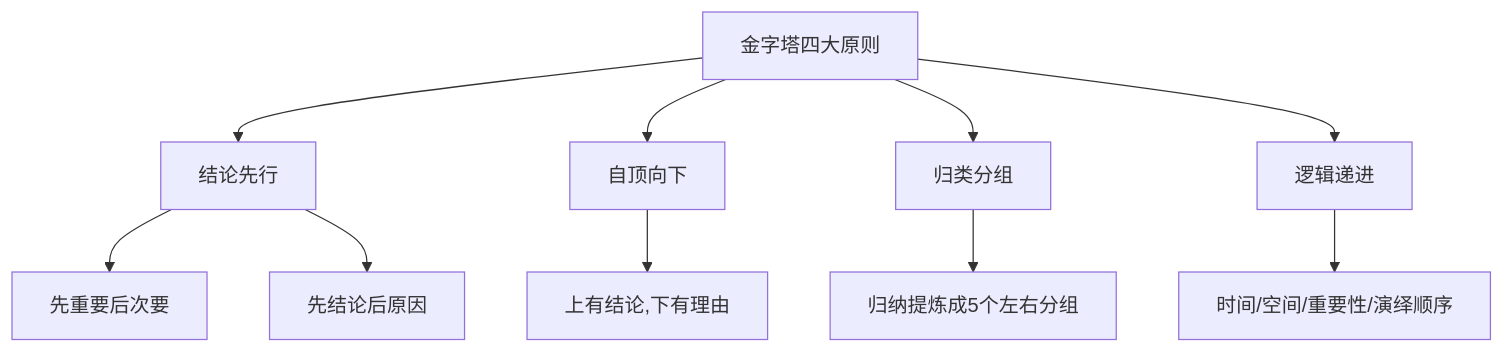
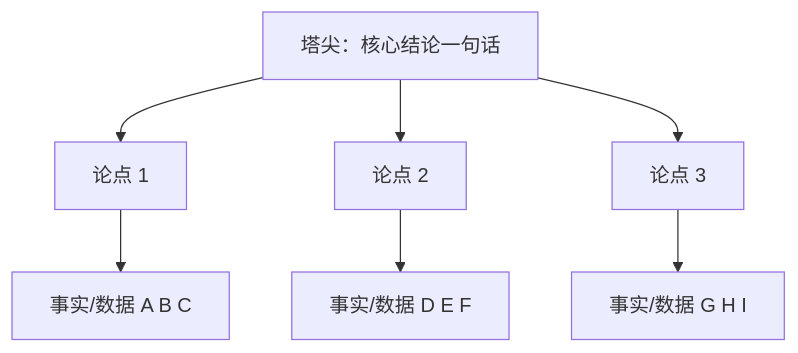
One commit to chongyang211/YCBookBlog changed the diagram in packages/website/13.书籍/05.自我精进·成事/03.事中执行/04.金字塔汇报方法.md. Above: the diagram before and after it, drawn with Mermaid. The commit also changed other lines of this file and 83 other files, not shown here.

````diff
--- a/packages/website/13.书籍/05.自我精进·成事/03.事中执行/04.金字塔汇报方法.md
+++ b/packages/website/13.书籍/05.自我精进·成事/03.事中执行/04.金字塔汇报方法.md
@@ -83,12 +88,9 @@
 ```mermaid
 graph TD
-    A[金字塔四大原则] --> B[结论先行]
-    A --> C[自顶向下]
-    A --> D[归类分组]
-    A --> E[逻辑递进]
-    B --> B1[先重要后次要]
-    B --> B2[先结论后原因]
-    C --> C1[上有结论,下有理由]
-    D --> D1[归纳提炼成5个左右分组]
-    E --> E1[时间/空间/重要性/演绎顺序]
+    T[塔尖：核心结论一句话] --> P1[论点 1]
+    T --> P2[论点 2]
+    T --> P3[论点 3]
+    P1 --> E1[事实/数据 A B C]
+    P2 --> E2[事实/数据 D E F]
+    P3 --> E3[事实/数据 G H I]
 ```
````
